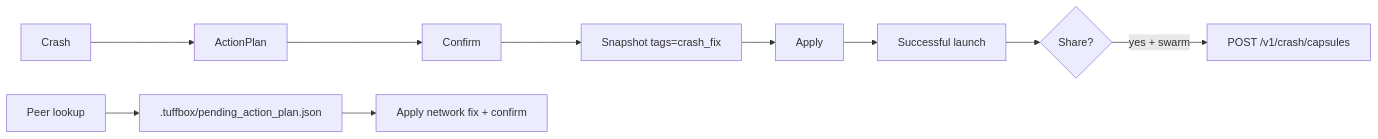
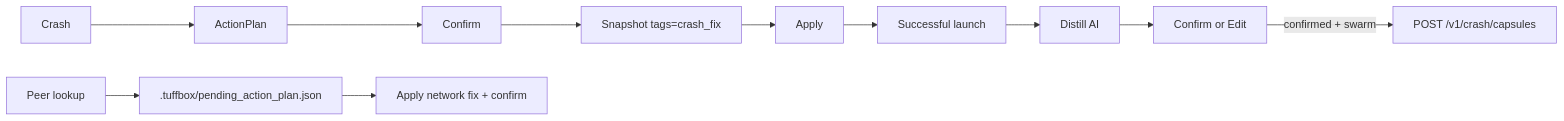
Before and after one commit to MFcrychelt/tuffbox: the first of 2 diagrams in docs/13-tuffswarm-network.md, drawn with Mermaid. The commit also changed other lines of this file and 38 other files, not shown here.

````diff
--- a/docs/13-tuffswarm-network.md
+++ b/docs/13-tuffswarm-network.md
@@ -89,12 +123,13 @@
 ```mermaid
 flowchart LR
   crash[Crash] --> plan[ActionPlan]
   plan --> confirm[Confirm]
   confirm --> snap["Snapshot tags=crash_fix"]
   snap --> apply[Apply]
   apply --> launch[Successful launch]
-  launch --> share{Share?}
-  share -->|yes + swarm| capsule[POST /v1/crash/capsules]
+  launch --> distill[Distill AI]
+  distill --> review[Confirm or Edit]
+  review -->|confirmed + swarm| capsule[POST /v1/crash/capsules]
   peer[Peer lookup] --> pending[".tuffbox/pending_action_plan.json"]
   pending --> applyNet[Apply network fix + confirm]
 ```
````
